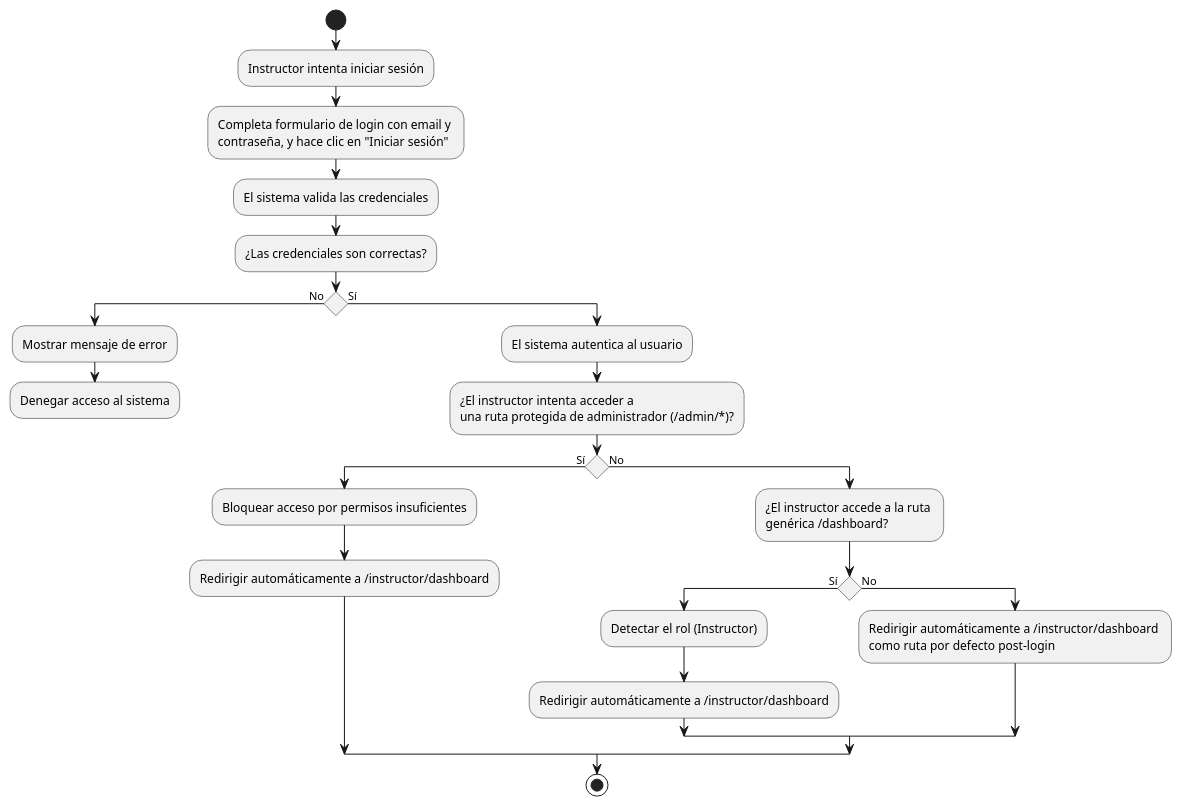
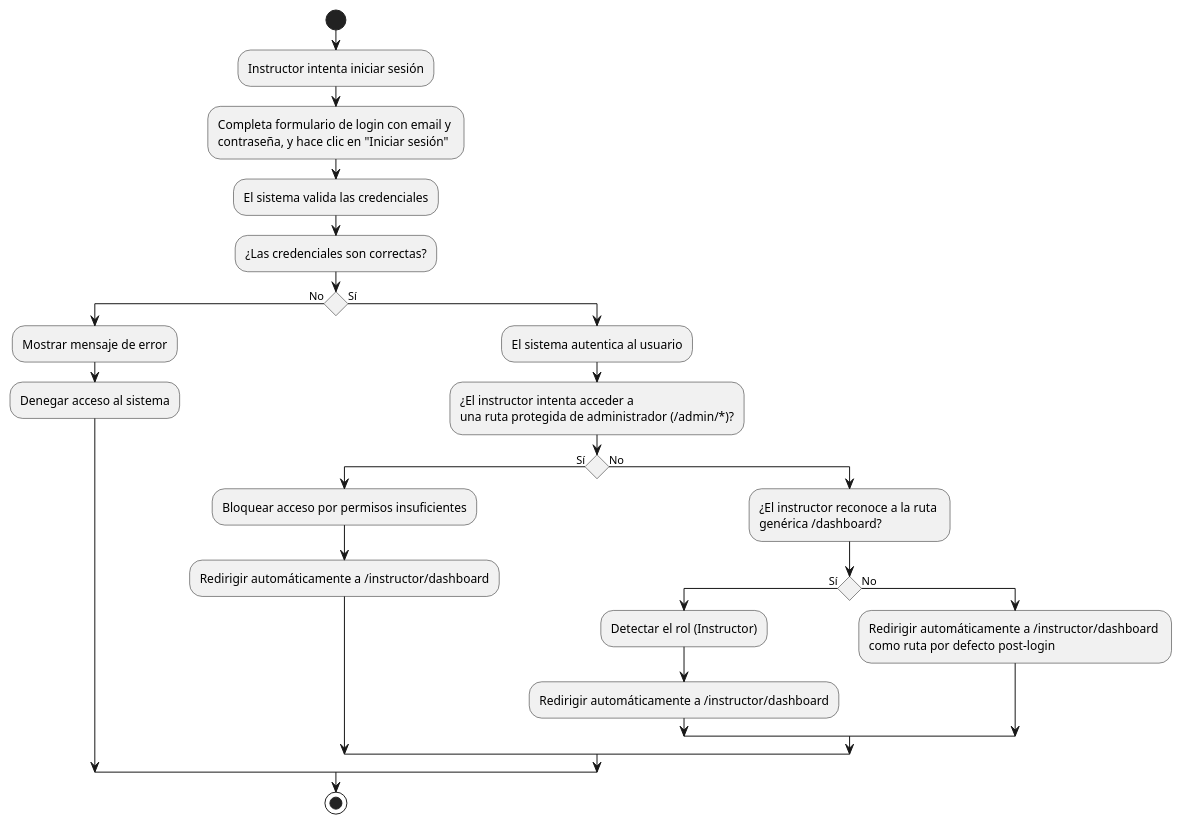
Before and after one commit to MasterErrorCLONE04/SIGERD.1.0: the diagram in document/diagrama_actividades/INS/INS-1.md, drawn with PlantUML. The commit also changed 28 other files, not shown here.

````diff
--- a/document/diagrama_actividades/INS/INS-1.md
+++ b/document/diagrama_actividades/INS/INS-1.md
@@ -18,37 +18,36 @@
 ```plantuml
 @startuml
 skinparam ConditionEndStyle hline
 
 start
 
 :Instructor intenta iniciar sesión;
 :Completa formulario de login con email y \ncontraseña, y hace clic en "Iniciar sesión";
 
 :El sistema valida las credenciales;
 
 :¿Las credenciales son correctas?;
 if () then (No)
   :Mostrar mensaje de error;
   :Denegar acceso al sistema;
-  kill
 else (Sí)
   :El sistema autentica al usuario;
   
   :¿El instructor intenta acceder a \nuna ruta protegida de administrador (/admin/*)?;
   if () then (Sí)
     :Bloquear acceso por permisos insuficientes;
     :Redirigir automáticamente a /instructor/dashboard;
   else (No)
-    :¿El instructor accede a la ruta \ngenérica /dashboard?;
+    :¿El instructor reconoce a la ruta \ngenérica /dashboard?;
     if () then (Sí)
       :Detectar el rol (Instructor);
       :Redirigir automáticamente a /instructor/dashboard;
     else (No)
       :Redirigir automáticamente a /instructor/dashboard \ncomo ruta por defecto post-login;
     endif
   endif
-  stop
 endif
 
+stop
 @enduml
 ```
````
